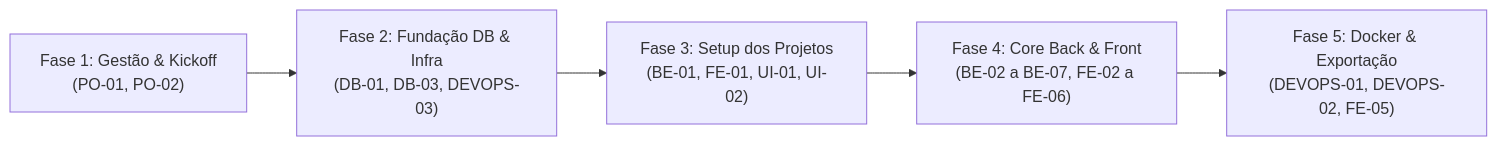
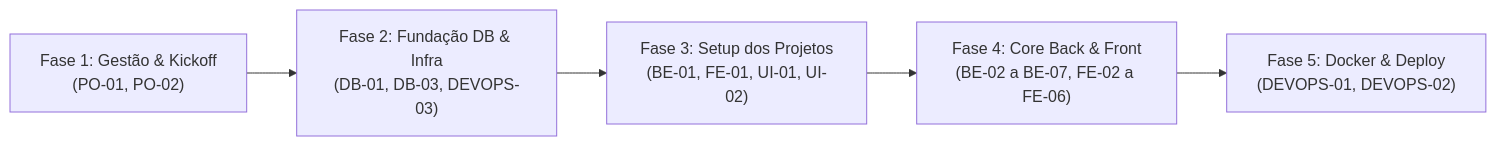
One commit to DEVassos/greener-app changed the diagram in docs/sprints/sprint-1/planning.md. Above: the diagram before and after it, drawn with Mermaid. The commit also changed other lines of this file, not shown here.

````diff
--- a/docs/sprints/sprint-1/planning.md
+++ b/docs/sprints/sprint-1/planning.md
@@ -31,7 +32,7 @@
 ```mermaid
 flowchart LR
     Fase1["Fase 1: Gestão & Kickoff<br>(PO-01, PO-02)"] --> Fase2["Fase 2: Fundação DB & Infra<br>(DB-01, DB-03, DEVOPS-03)"]
     Fase2 --> Fase3["Fase 3: Setup dos Projetos<br>(BE-01, FE-01, UI-01, UI-02)"]
     Fase3 --> Fase4["Fase 4: Core Back & Front<br>(BE-02 a BE-07, FE-02 a FE-06)"]
-    Fase4 --> Fase5["Fase 5: Docker & Exportação<br>(DEVOPS-01, DEVOPS-02, FE-05)"]
+    Fase4 --> Fase5["Fase 5: Docker & Deploy<br>(DEVOPS-01, DEVOPS-02)"]
 ```
````
